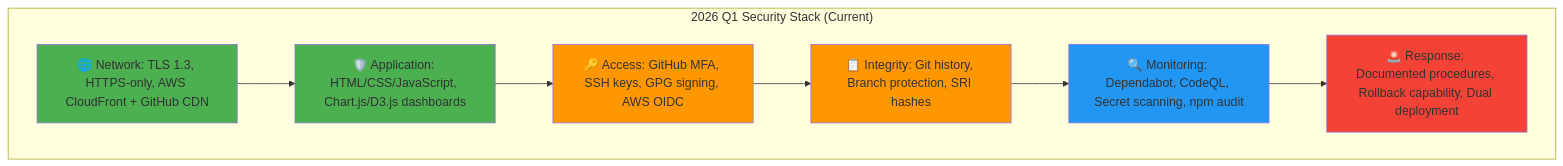
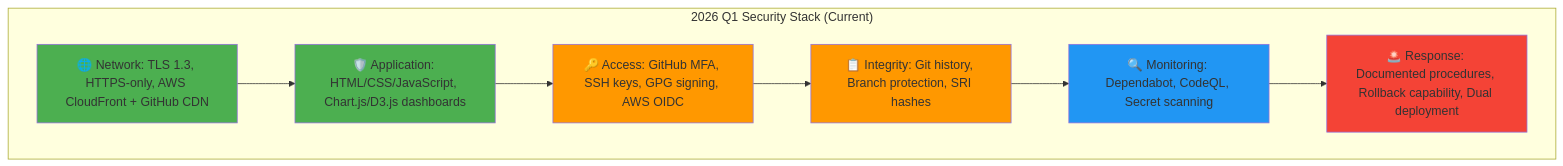
One commit to Hack23/riksdagsmonitor changed the first of 9 diagrams in FUTURE_SECURITY_ARCHITECTURE.md. Above: the diagram before and after it, drawn with Mermaid. The commit also changed 3 other files, not shown here.

Commit message:
Fix documentation accuracy: remove npm audit/ESLint claims, correct dashboard implementation, update CSP

````diff
--- a/FUTURE_SECURITY_ARCHITECTURE.md
+++ b/FUTURE_SECURITY_ARCHITECTURE.md
@@ -52,24 +52,24 @@
 ```mermaid
 graph TB
     subgraph "2026 Q1 Security Stack (Current)"
         L1[🌐 Network: TLS 1.3, HTTPS-only, AWS CloudFront + GitHub CDN]
         L2[🛡️ Application: HTML/CSS/JavaScript, Chart.js/D3.js dashboards]
         L3[🔑 Access: GitHub MFA, SSH keys, GPG signing, AWS OIDC]
         L4[📋 Integrity: Git history, Branch protection, SRI hashes]
-        L5[🔍 Monitoring: Dependabot, CodeQL, Secret scanning, npm audit]
+        L5[🔍 Monitoring: Dependabot, CodeQL, Secret scanning]
         L6[🚨 Response: Documented procedures, Rollback capability, Dual deployment]
     end
     
     L1 --> L2
     L2 --> L3
     L3 --> L4
     L4 --> L5
     L5 --> L6
     
     style L1 fill:#4caf50
     style L2 fill:#4caf50
     style L3 fill:#ff9800
     style L4 fill:#ff9800
     style L5 fill:#2196f3
     style L6 fill:#f44336
 ```
````
